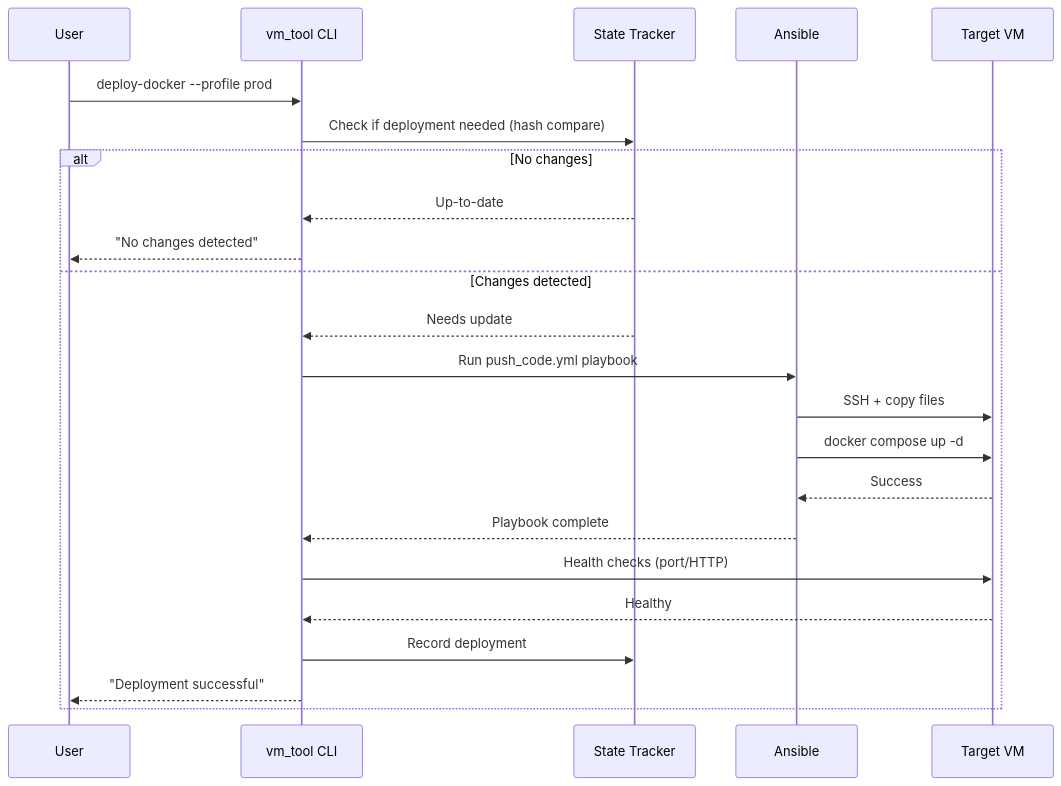
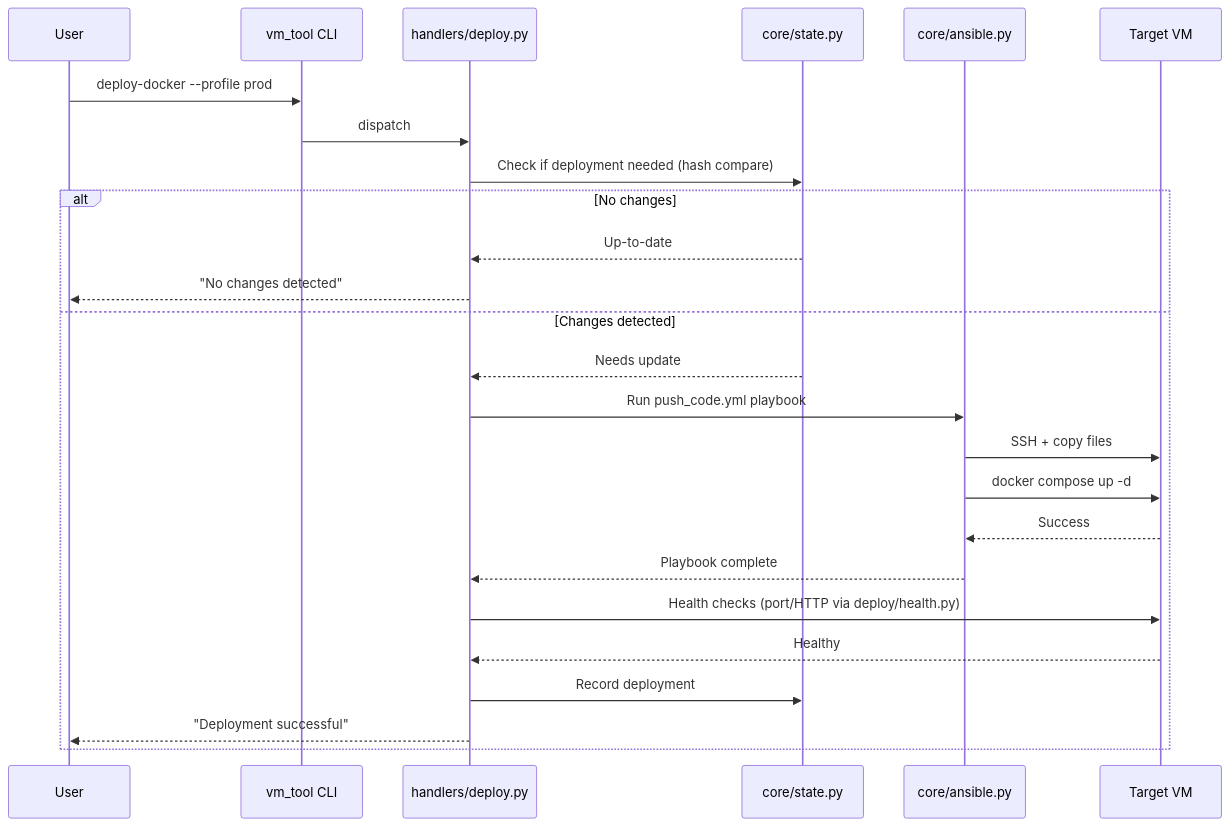
The second of 3 diagrams in docs/reference/architecture.md (thesunnysinha/vm_tool), drawn with Mermaid before and after one commit. The commit also changed other lines of this file and 106 other files, not shown here.

````diff
--- a/docs/reference/architecture.md
+++ b/docs/reference/architecture.md
@@ -39,26 +61,28 @@
 ```mermaid
 sequenceDiagram
     participant U as User
     participant CLI as vm_tool CLI
-    participant S as State Tracker
-    participant A as Ansible
+    participant H as handlers/deploy.py
+    participant S as core/state.py
+    participant A as core/ansible.py
     participant VM as Target VM
 
     U->>CLI: deploy-docker --profile prod
-    CLI->>S: Check if deployment needed (hash compare)
+    CLI->>H: dispatch
+    H->>S: Check if deployment needed (hash compare)
     alt No changes
-        S-->>CLI: Up-to-date
-        CLI-->>U: "No changes detected"
+        S-->>H: Up-to-date
+        H-->>U: "No changes detected"
     else Changes detected
-        S-->>CLI: Needs update
-        CLI->>A: Run push_code.yml playbook
+        S-->>H: Needs update
+        H->>A: Run push_code.yml playbook
         A->>VM: SSH + copy files
         A->>VM: docker compose up -d
         VM-->>A: Success
-        A-->>CLI: Playbook complete
-        CLI->>VM: Health checks (port/HTTP)
-        VM-->>CLI: Healthy
-        CLI->>S: Record deployment
-        CLI-->>U: "Deployment successful"
+        A-->>H: Playbook complete
+        H->>VM: Health checks (port/HTTP via deploy/health.py)
+        VM-->>H: Healthy
+        H->>S: Record deployment
+        H-->>U: "Deployment successful"
     end
 ```
````
